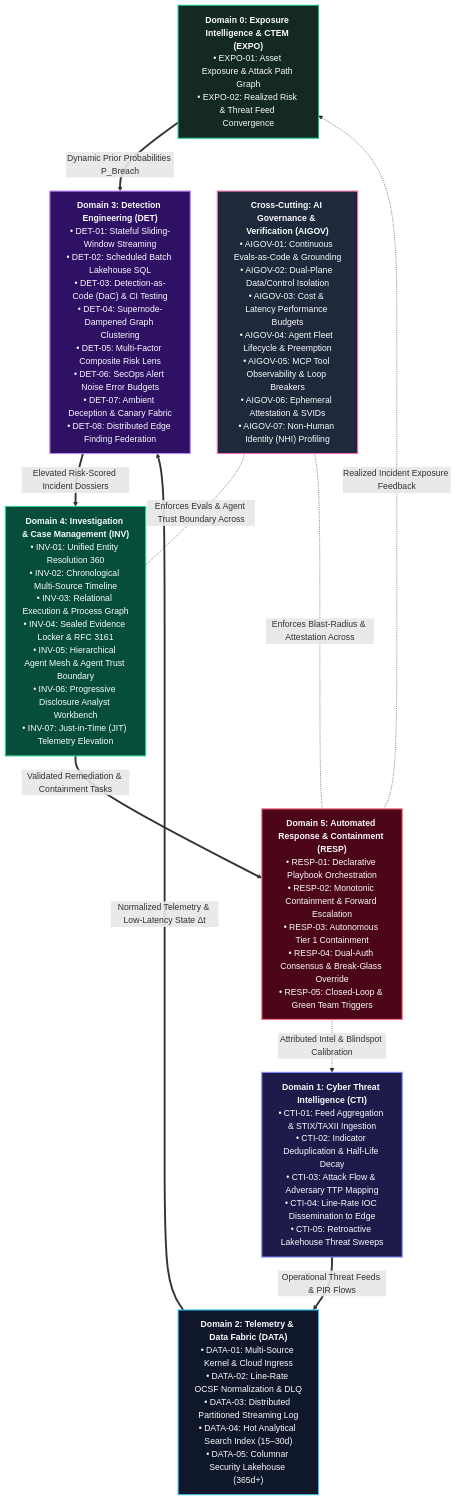
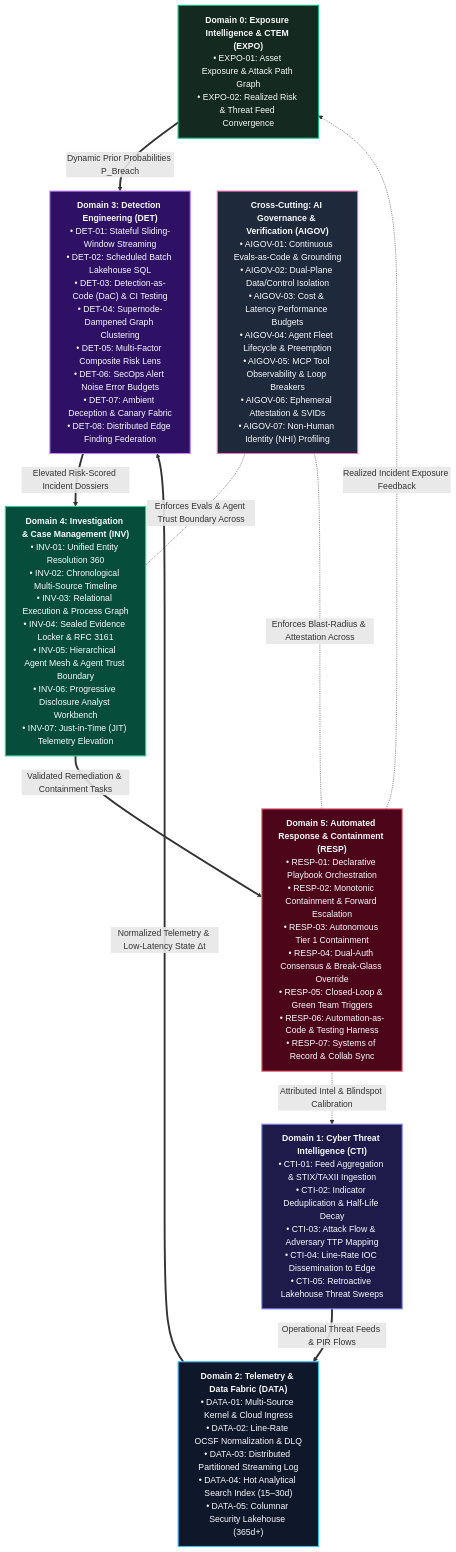
One commit to Haribu/TIDIR changed the diagram in docs/architecture/02-capability-model.md. Above: the diagram before and after it, drawn with Mermaid. The commit also changed other lines of this file and 17 other files, not shown here.

Commit message:
feat(architecture): add workflow orchestration ADR-0027, OpenID SSE actuation, 4-tier exposure ingress, and multi-source risk calibration (v1.17.0)

````diff
--- a/docs/architecture/02-capability-model.md
+++ b/docs/architecture/02-capability-model.md
@@ -16,35 +16,35 @@
 ```mermaid
 flowchart TB
   %% Class Definitions for High Contrast & Visual Clarity
   classDef expo fill:#14291f,stroke:#10b981,stroke-width:2px,color:#f8fafc;
   classDef cti fill:#1e1b4b,stroke:#818cf8,stroke-width:2px,color:#f8fafc;
   classDef data fill:#0f172a,stroke:#38bdf8,stroke-width:2px,color:#f8fafc;
   classDef det fill:#2e1065,stroke:#c084fc,stroke-width:2px,color:#f8fafc;
   classDef inv fill:#064e3b,stroke:#34d399,stroke-width:2px,color:#f8fafc;
   classDef resp fill:#4c0519,stroke:#fb7185,stroke-width:2px,color:#f8fafc;
   classDef aigov fill:#1e293b,stroke:#f472b6,stroke-width:2px,color:#f8fafc;
 
   D0["<b>Domain 0: Exposure Intelligence & CTEM (EXPO)</b><br/>• EXPO-01: Asset Exposure & Attack Path Graph<br/>• EXPO-02: Realized Risk & Threat Feed Convergence"]:::expo
 
   D1["<b>Domain 1: Cyber Threat Intelligence (CTI)</b><br/>• CTI-01: Feed Aggregation & STIX/TAXII Ingestion<br/>• CTI-02: Indicator Deduplication & Half-Life Decay<br/>• CTI-03: Attack Flow & Adversary TTP Mapping<br/>• CTI-04: Line-Rate IOC Dissemination to Edge<br/>• CTI-05: Retroactive Lakehouse Threat Sweeps"]:::cti
 
   D2["<b>Domain 2: Telemetry & Data Fabric (DATA)</b><br/>• DATA-01: Multi-Source Kernel & Cloud Ingress<br/>• DATA-02: Line-Rate OCSF Normalization & DLQ<br/>• DATA-03: Distributed Partitioned Streaming Log<br/>• DATA-04: Hot Analytical Search Index (15–30d)<br/>• DATA-05: Columnar Security Lakehouse (365d+)"]:::data
 
   D3["<b>Domain 3: Detection Engineering (DET)</b><br/>• DET-01: Stateful Sliding-Window Streaming<br/>• DET-02: Scheduled Batch Lakehouse SQL<br/>• DET-03: Detection-as-Code (DaC) & CI Testing<br/>• DET-04: Supernode-Dampened Graph Clustering<br/>• DET-05: Multi-Factor Composite Risk Lens<br/>• DET-06: SecOps Alert Noise Error Budgets<br/>• DET-07: Ambient Deception & Canary Fabric<br/>• DET-08: Distributed Edge Finding Federation"]:::det
 
   D4["<b>Domain 4: Investigation & Case Management (INV)</b><br/>• INV-01: Unified Entity Resolution 360<br/>• INV-02: Chronological Multi-Source Timeline<br/>• INV-03: Relational Execution & Process Graph<br/>• INV-04: Sealed Evidence Locker & RFC 3161<br/>• INV-05: Hierarchical Agent Mesh & Agent Trust Boundary<br/>• INV-06: Progressive Disclosure Analyst Workbench<br/>• INV-07: Just-in-Time (JIT) Telemetry Elevation"]:::inv
 
-  D5["<b>Domain 5: Automated Response & Containment (RESP)</b><br/>• RESP-01: Declarative Playbook Orchestration<br/>• RESP-02: Monotonic Containment & Forward Escalation<br/>• RESP-03: Autonomous Tier 1 Containment<br/>• RESP-04: Dual-Auth Consensus & Break-Glass Override<br/>• RESP-05: Closed-Loop & Green Team Triggers"]:::resp
+  D5["<b>Domain 5: Automated Response & Containment (RESP)</b><br/>• RESP-01: Declarative Playbook Orchestration<br/>• RESP-02: Monotonic Containment & Forward Escalation<br/>• RESP-03: Autonomous Tier 1 Containment<br/>• RESP-04: Dual-Auth Consensus & Break-Glass Override<br/>• RESP-05: Closed-Loop & Green Team Triggers<br/>• RESP-06: Automation-as-Code & Testing Harness<br/>• RESP-07: Systems of Record & Collab Sync"]:::resp
 
   GOV["<b>Cross-Cutting: AI Governance & Verification (AIGOV)</b><br/>• AIGOV-01: Continuous Evals-as-Code & Grounding<br/>• AIGOV-02: Dual-Plane Data/Control Isolation<br/>• AIGOV-03: Cost & Latency Performance Budgets<br/>• AIGOV-04: Agent Fleet Lifecycle & Preemption<br/>• AIGOV-05: MCP Tool Observability & Loop Breakers<br/>• AIGOV-06: Ephemeral Attestation & SVIDs<br/>• AIGOV-07: Non-Human Identity (NHI) Profiling"]:::aigov
 
   D0 ==>|Dynamic Prior Probabilities P_Breach| D3
   D1 ==>|Operational Threat Feeds & PIR Flows| D2
   D2 ==>|Normalized Telemetry & Low-Latency State Δt| D3
   D3 ==>|Elevated Risk-Scored Incident Dossiers| D4
   D4 ==>|Validated Remediation & Containment Tasks| D5
   D5 -.->|Attributed Intel & Blindspot Calibration| D1
   D5 -.->|Realized Incident Exposure Feedback| D0
   GOV -.-|Enforces Evals & Agent Trust Boundary Across| D4
   GOV -.-|Enforces Blast-Radius & Attestation Across| D5
 ```
````
